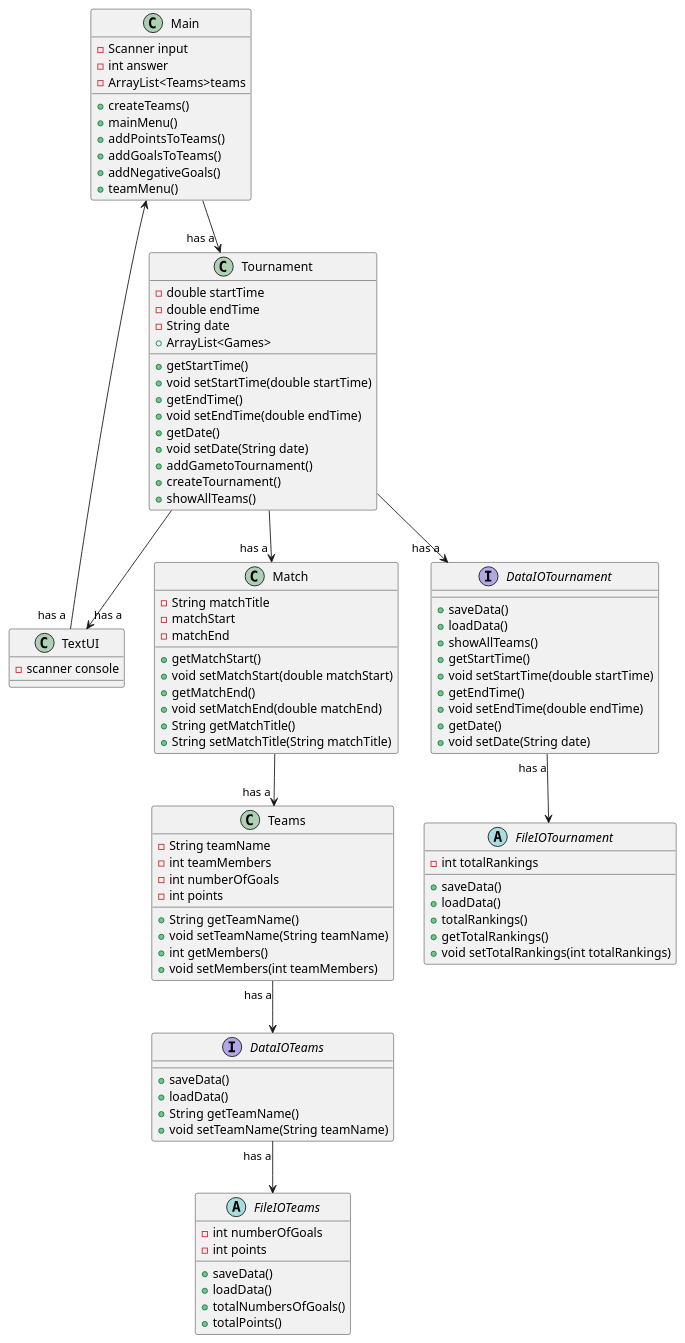
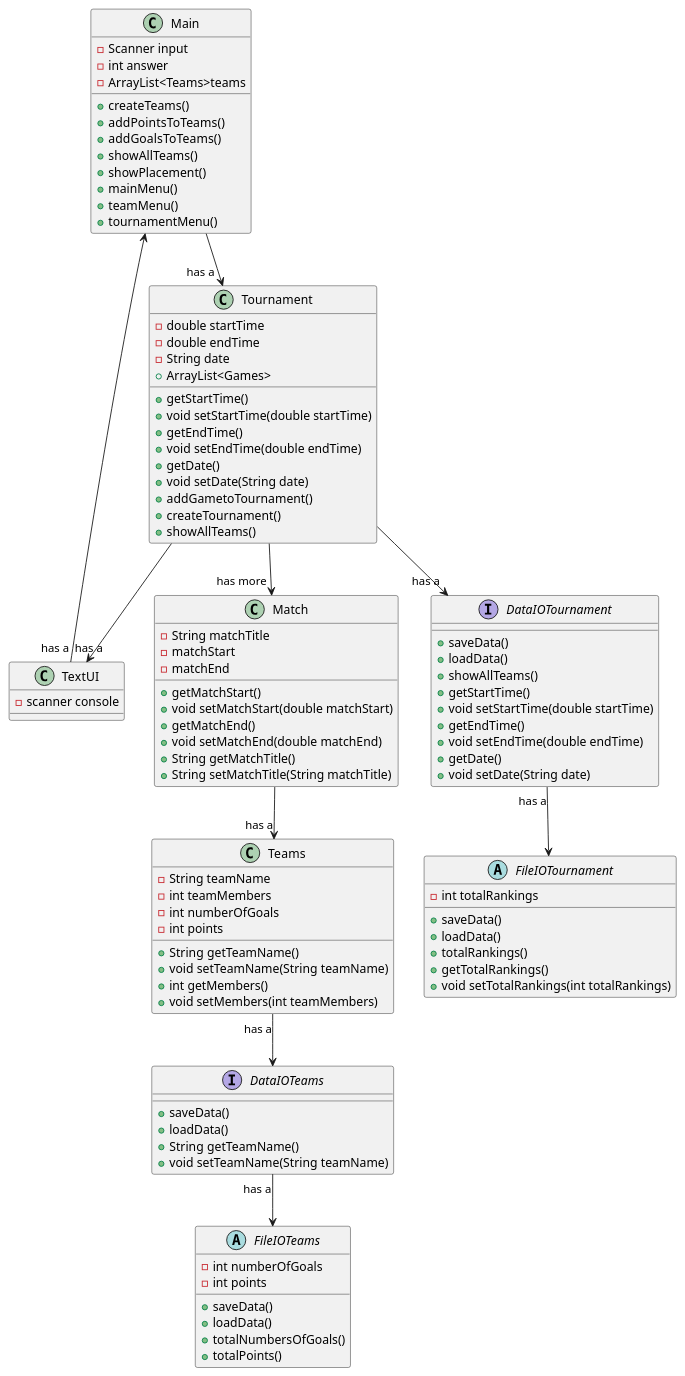
Before and after one commit to Ravnkilde1995/F22SP3-GroupJ: the diagram in src/dokumentation/ClassDiagram.puml, drawn with PlantUML. The commit also changed 1 other file, not shown here.

Commit message:
Updated ClassDiagram. fixed goals method added showAllTeams added tournamentMenu added showPlacement to tournamentMenu.

```diff
--- a/src/dokumentation/ClassDiagram.puml
+++ b/src/dokumentation/ClassDiagram.puml
@@ -1,107 +1,109 @@
 @startuml
 
-Main --> "has a "Tournament
-Tournament --> "has a "TextUI
-Match --> "has a " Teams
-Tournament --> "has a " Match
+Main --> "has a  "Tournament
+Tournament --> "has a      "TextUI
+Match --> "has a" Teams
+Tournament --> "has more " Match
 TextUI "has a "--> Main
 Tournament --> "has a" DataIOTournament
 Teams "has a"-->  DataIOTeams
 DataIOTeams "has a" --> FileIOTeams
 DataIOTournament "has a"-->FileIOTournament
 
 
 Class Main {
 - Scanner input
 - int answer
 -ArrayList<Teams>teams
 + createTeams()
-+ mainMenu()
 +addPointsToTeams()
 +addGoalsToTeams()
-+addNegativeGoals()
++showAllTeams()
++showPlacement()
++ mainMenu()
 +teamMenu()
++tournamentMenu()
 
 }
 
 Class Tournament {
 - double startTime
 - double endTime
 - String date
 + ArrayList<Games>
 + getStartTime()
 + void setStartTime(double startTime)
 + getEndTime()
 + void setEndTime(double endTime)
 + getDate()
 + void setDate(String date)
 + addGametoTournament()
 + createTournament()
 + showAllTeams()
 
 }
 
 Class Teams {
 - String teamName
 - int teamMembers
 - int numberOfGoals
 - int points
 + String getTeamName()
 + void setTeamName(String teamName)
 + int getMembers()
 + void setMembers(int teamMembers)
 }
 
 Class TextUI {
 - scanner console
 }
 
 Class Match {
 - String matchTitle
 - matchStart
 - matchEnd
 + getMatchStart()
 + void setMatchStart(double matchStart)
 +getMatchEnd()
 + void setMatchEnd(double matchEnd)
 + String getMatchTitle()
 + String setMatchTitle(String matchTitle)
 }
 interface DataIOTeams{
 + saveData()
 + loadData()
 + String getTeamName()
 + void setTeamName(String teamName)
 }
 abstract FileIOTeams{
 - int numberOfGoals
 - int points
 + saveData()
 + loadData()
 + totalNumbersOfGoals()
 +totalPoints()
 }
 
 interface DataIOTournament{
 + saveData()
 + loadData()
 + showAllTeams()
 + getStartTime()
 + void setStartTime(double startTime)
 + getEndTime()
 + void setEndTime(double endTime)
 + getDate()
 + void setDate(String date)
 
 }
 abstract FileIOTournament{
 - int totalRankings
 +saveData()
 + loadData()
 +totalRankings()
 +getTotalRankings()
 +void setTotalRankings(int totalRankings)
 }
 
 
 @enduml
```
